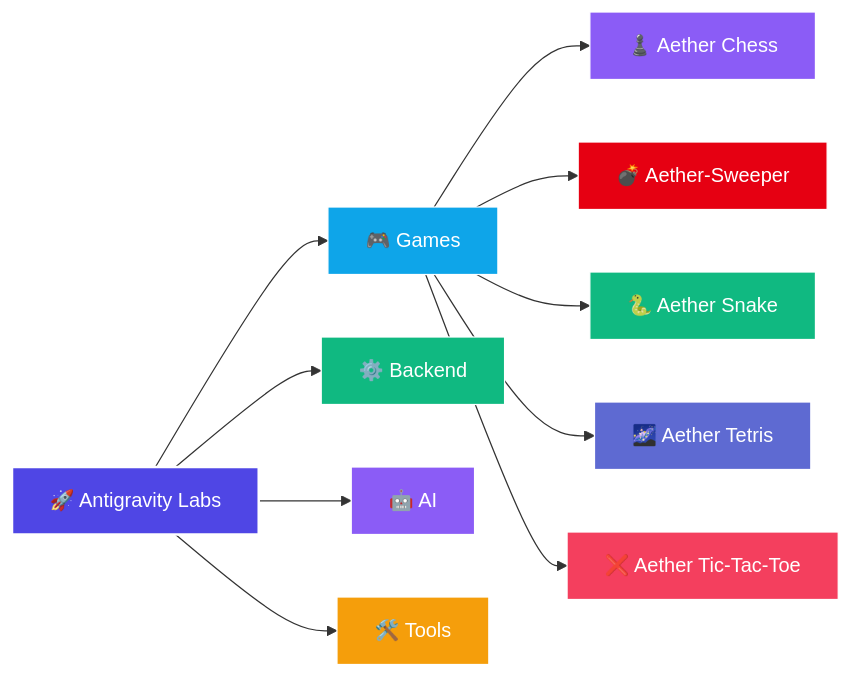
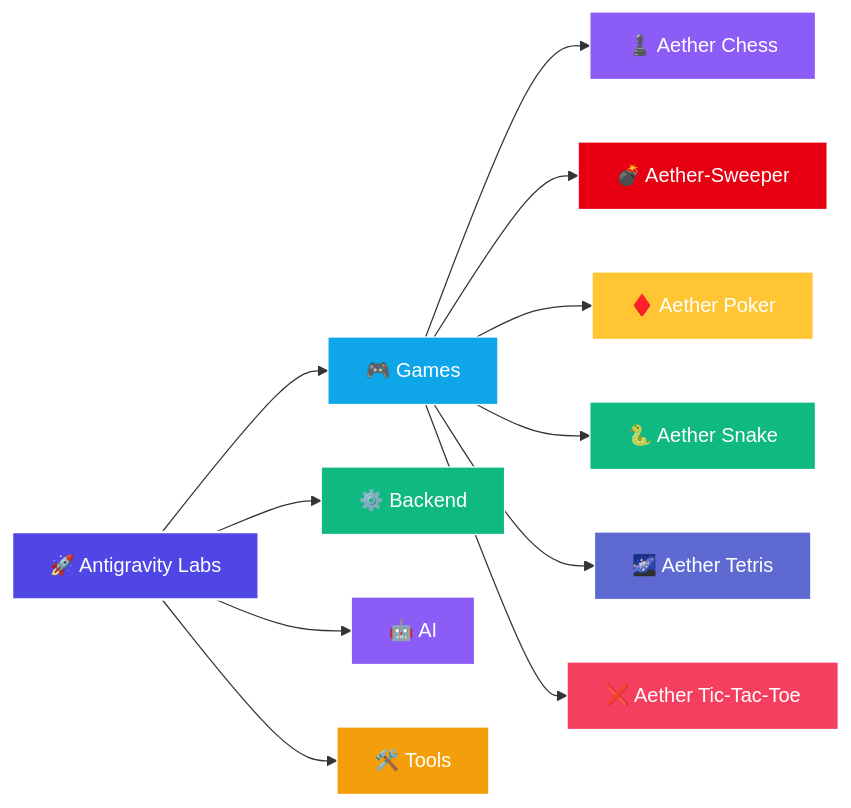
The diagram in README.md (Leturnos/antigravity-labs), drawn with Mermaid before and after one commit. The commit also changed other lines of this file and 2 other files, not shown here.

Commit message:
docs(poker): add specifications and documentation

````diff
--- a/README.md
+++ b/README.md
@@ -27,26 +28,28 @@
 ```mermaid
 flowchart LR
     Root["🚀 Antigravity Labs"]
 
     Root --> Games["🎮 Games"]
     Root --> Backend["⚙️ Backend"]
     Root --> AI["🤖 AI"]
     Root --> Tools["🛠️ Tools"]
 
     Games --> Chess["♟️ Aether Chess"]
     Games --> Sweeper["💣 Aether-Sweeper"]
+    Games --> Poker["♦️ Aether Poker"]
     Games --> Snake["🐍 Aether Snake"]
     Games --> Tetris["🌌 Aether Tetris"]
     Games --> TicTacToe["❌ Aether Tic-Tac-Toe"]
 
     style Root fill:#4f46e5,stroke:#fff,stroke-width:2px,color:#fff
     style Games fill:#0ea5e9,stroke:#fff,stroke-width:1px,color:#fff
     style Backend fill:#10b981,stroke:#fff,stroke-width:1px,color:#fff
     style AI fill:#8b5cf6,stroke:#fff,stroke-width:1px,color:#fff
     style Tools fill:#f59e0b,stroke:#fff,stroke-width:1px,color:#fff
     style Chess fill:#8b5cf6,stroke:#fff,stroke-width:1px,color:#fff
     style Sweeper fill:#e60012,stroke:#fff,stroke-width:1px,color:#fff
+    style Poker fill:#ffc533,stroke:#fff,stroke-width:1px,color:#fff
     style Snake fill:#10b981,stroke:#fff,stroke-width:1px,color:#fff
     style Tetris fill:#5e6ad2,stroke:#fff,stroke-width:1px,color:#fff
     style TicTacToe fill:#f43f5e,stroke:#fff,stroke-width:1px,color:#fff
 ```
````
